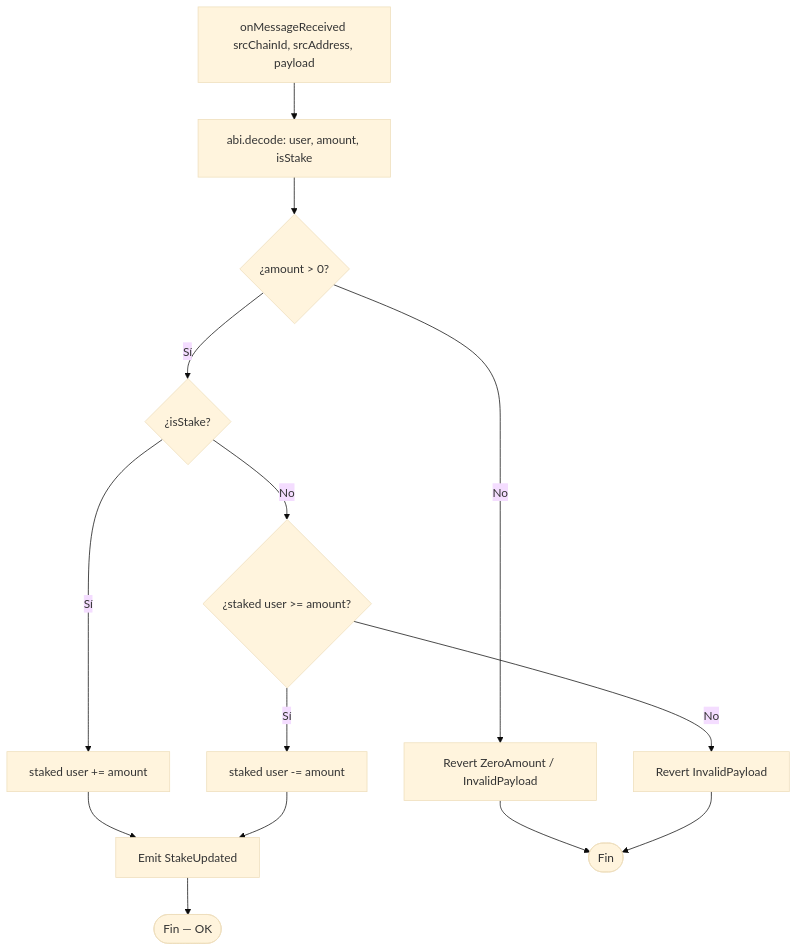
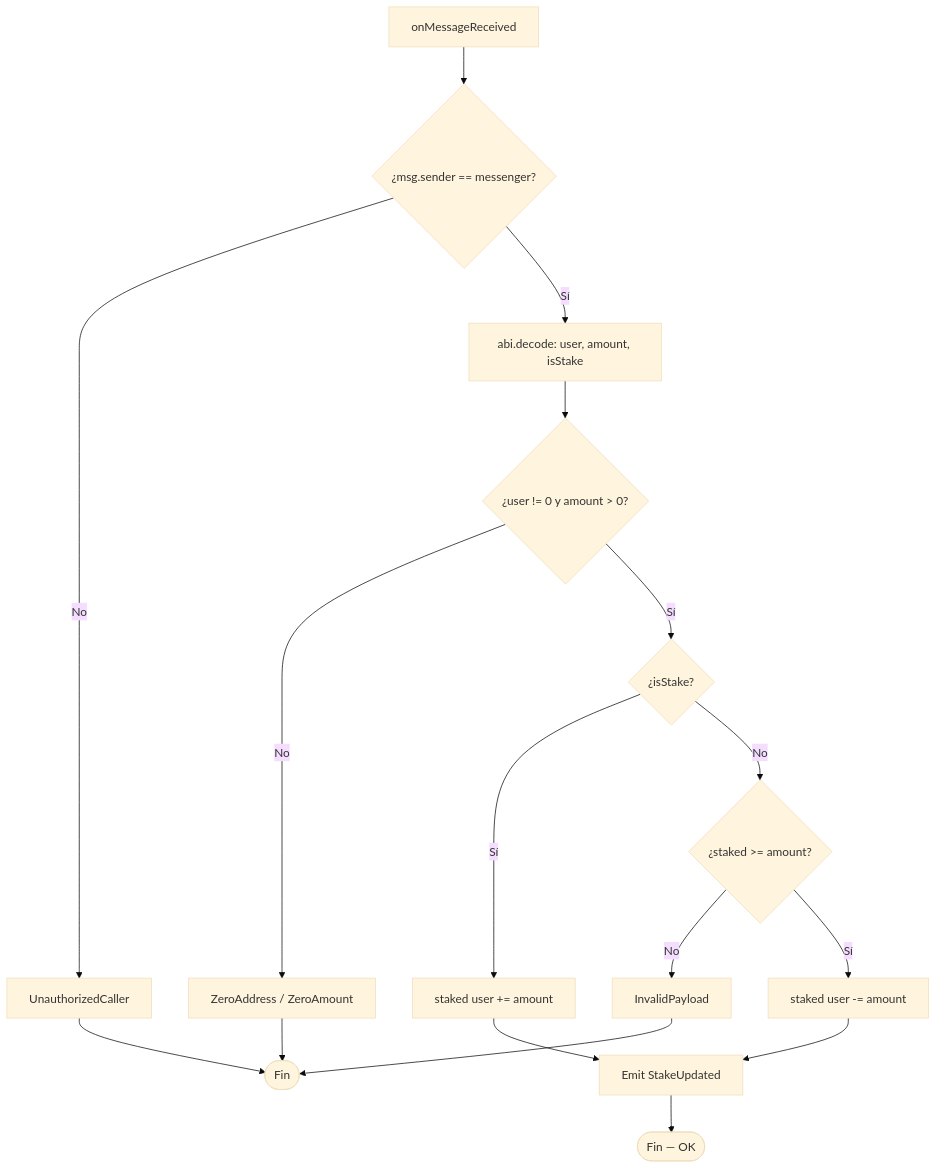
One commit to rastrahm/crosschain-messaging changed the fifth of 7 diagrams in doc/diagrama-de-flujo.md. Above: the diagram before and after it, drawn with Mermaid (base theme). The commit also changed other lines of this file and 7 other files, not shown here.

````diff
--- a/doc/diagrama-de-flujo.md
+++ b/doc/diagrama-de-flujo.md
@@ -98,16 +108,19 @@
 ```mermaid
 flowchart TD
-    A[onMessageReceived srcChainId, srcAddress, payload] --> B[abi.decode: user, amount, isStake]
-    B --> C{¿amount > 0?}
-    C -->|No| Z[Revert ZeroAmount / InvalidPayload]
-    C -->|Sí| D{¿isStake?}
-    D -->|Sí| E[staked user += amount]
-    D -->|No| F{¿staked user >= amount?}
-    F -->|No| Z2[Revert InvalidPayload]
-    F -->|Sí| G[staked user -= amount]
-    E --> H[Emit StakeUpdated]
-    G --> H
-    Z --> End([Fin])
+    A[onMessageReceived] --> B{¿msg.sender == messenger?}
+    B -->|No| Z0[UnauthorizedCaller]
+    B -->|Sí| C[abi.decode: user, amount, isStake]
+    C --> D{¿user != 0 y amount > 0?}
+    D -->|No| Z[ZeroAddress / ZeroAmount]
+    D -->|Sí| E{¿isStake?}
+    E -->|Sí| F[staked user += amount]
+    E -->|No| G{¿staked >= amount?}
+    G -->|No| Z2[InvalidPayload]
+    G -->|Sí| H[staked user -= amount]
+    F --> I[Emit StakeUpdated]
+    H --> I
+    Z0 --> End([Fin])
+    Z --> End
     Z2 --> End
-    H --> Ok([Fin — OK])
+    I --> Ok([Fin — OK])
 ```
````
